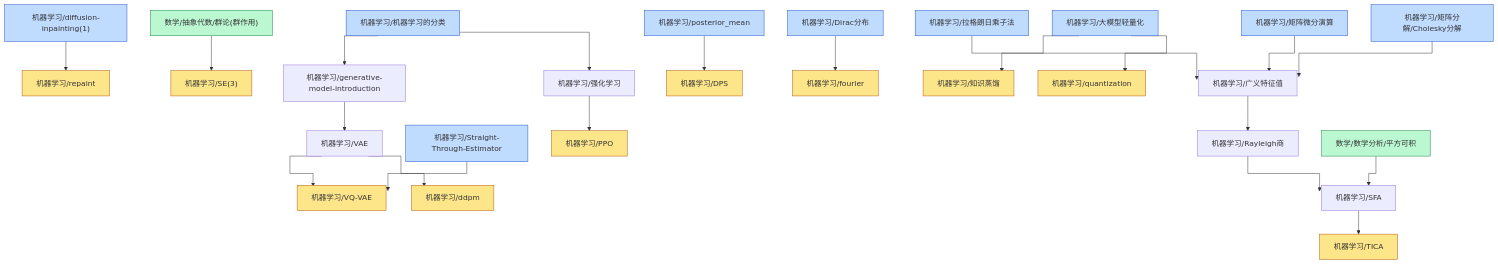
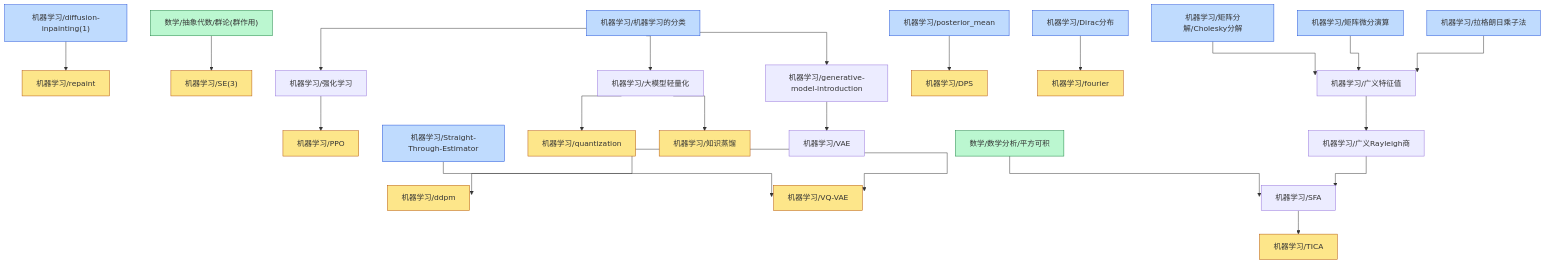
The diagram in content/机器学习/dependency_graph.md (zeroDtree/zeroDtree.github.io), drawn with Mermaid before and after one commit. The commit also changed 7 other files, not shown here.

````diff
--- a/content/机器学习/dependency_graph.md
+++ b/content/机器学习/dependency_graph.md
@@ -1,57 +1,58 @@
 ```mermaid
 %%{init: {'flowchart': {'curve': 'stepAfter'}}}%%
 graph TD
 1["机器学习/机器学习的分类"] --> 0["机器学习/generative-model-introduction"]
 3["机器学习/VAE"] --> 2["机器学习/VQ-VAE"]
 4["机器学习/Straight-Through-Estimator"] --> 2["机器学习/VQ-VAE"]
 6["机器学习/diffusion-inpainting(1)"] --> 5["机器学习/repaint"]
 8["数学/抽象代数/群论(群作用)"] --> 7["机器学习/SE(3)"]
+10["机器学习/广义特征值"] --> 9["机器学习/广义Rayleigh商"]
 0["机器学习/generative-model-introduction"] --> 3["机器学习/VAE"]
-3["机器学习/VAE"] --> 9["机器学习/ddpm"]
-11["机器学习/posterior_mean"] --> 10["机器学习/DPS"]
-13["机器学习/SFA"] --> 12["机器学习/TICA"]
-15["机器学习/Dirac分布"] --> 14["机器学习/fourier"]
-17["机器学习/大模型轻量化"] --> 16["机器学习/知识蒸馏"]
-19["机器学习/强化学习"] --> 18["机器学习/PPO"]
-1["机器学习/机器学习的分类"] --> 19["机器学习/强化学习"]
-21["机器学习/拉格朗日乘子法"] --> 20["机器学习/广义特征值"]
-22["机器学习/矩阵微分演算"] --> 20["机器学习/广义特征值"]
-23["机器学习/矩阵分解/Cholesky分解"] --> 20["机器学习/广义特征值"]
-20["机器学习/广义特征值"] --> 24["机器学习/Rayleigh商"]
-24["机器学习/Rayleigh商"] --> 13["机器学习/SFA"]
-25["数学/数学分析/平方可积"] --> 13["机器学习/SFA"]
-17["机器学习/大模型轻量化"] --> 26["机器学习/quantization"]
+3["机器学习/VAE"] --> 11["机器学习/ddpm"]
+13["机器学习/posterior_mean"] --> 12["机器学习/DPS"]
+15["机器学习/SFA"] --> 14["机器学习/TICA"]
+17["机器学习/Dirac分布"] --> 16["机器学习/fourier"]
+19["机器学习/大模型轻量化"] --> 18["机器学习/知识蒸馏"]
+21["机器学习/强化学习"] --> 20["机器学习/PPO"]
+1["机器学习/机器学习的分类"] --> 19["机器学习/大模型轻量化"]
+1["机器学习/机器学习的分类"] --> 21["机器学习/强化学习"]
+22["机器学习/拉格朗日乘子法"] --> 10["机器学习/广义特征值"]
+23["机器学习/矩阵微分演算"] --> 10["机器学习/广义特征值"]
+24["机器学习/矩阵分解/Cholesky分解"] --> 10["机器学习/广义特征值"]
+9["机器学习/广义Rayleigh商"] --> 15["机器学习/SFA"]
+25["数学/数学分析/平方可积"] --> 15["机器学习/SFA"]
+19["机器学习/大模型轻量化"] --> 26["机器学习/quantization"]
 classDef leaf fill:#fde68a,stroke:#b45309
-class 2,5,7,9,10,12,14,16,18,26 leaf
+class 2,5,7,11,12,14,16,18,20,26 leaf
 classDef root fill:#bfdbfe,stroke:#1d4ed8
-class 1,4,6,11,15,17,21,22,23 root
+class 1,4,6,13,17,22,23,24 root
 classDef foundationRoot fill:#bbf7d0,stroke:#15803d
 class 8,25 foundationRoot
 click 0 "/机器学习/generative-model-introduction" "机器学习/generative-model-introduction"
 click 1 "/机器学习/机器学习的分类" "机器学习/机器学习的分类"
 click 2 "/机器学习/vq-vae" "机器学习/VQ-VAE"
 click 3 "/机器学习/vae" "机器学习/VAE"
 click 4 "/机器学习/straight-through-estimator" "机器学习/Straight-Through-Estimator"
 click 5 "/机器学习/repaint" "机器学习/repaint"
 click 6 "/机器学习/diffusion-inpainting(1)" "机器学习/diffusion-inpainting(1)"
 click 7 "/机器学习/se(3)" "机器学习/SE(3)"
 click 8 "/数学/抽象代数/群论(群作用)" "数学/抽象代数/群论(群作用)"
-click 9 "/机器学习/ddpm" "机器学习/ddpm"
-click 10 "/机器学习/dps" "机器学习/DPS"
-click 11 "/机器学习/posterior_mean" "机器学习/posterior_mean"
-click 12 "/机器学习/tica" "机器学习/TICA"
-click 13 "/机器学习/sfa" "机器学习/SFA"
-click 14 "/机器学习/fourier" "机器学习/fourier"
-click 15 "/机器学习/dirac分布" "机器学习/Dirac分布"
-click 16 "/机器学习/知识蒸馏" "机器学习/知识蒸馏"
-click 17 "/机器学习/大模型轻量化" "机器学习/大模型轻量化"
-click 18 "/机器学习/ppo" "机器学习/PPO"
-click 19 "/机器学习/强化学习" "机器学习/强化学习"
-click 20 "/机器学习/广义特征值" "机器学习/广义特征值"
-click 21 "/机器学习/拉格朗日乘子法" "机器学习/拉格朗日乘子法"
-click 22 "/机器学习/矩阵微分演算" "机器学习/矩阵微分演算"
-click 23 "/机器学习/矩阵分解/cholesky分解" "机器学习/矩阵分解/Cholesky分解"
-click 24 "/机器学习/rayleigh商" "机器学习/Rayleigh商"
+click 9 "/机器学习/广义rayleigh商" "机器学习/广义Rayleigh商"
+click 10 "/机器学习/广义特征值" "机器学习/广义特征值"
+click 11 "/机器学习/ddpm" "机器学习/ddpm"
+click 12 "/机器学习/dps" "机器学习/DPS"
+click 13 "/机器学习/posterior_mean" "机器学习/posterior_mean"
+click 14 "/机器学习/tica" "机器学习/TICA"
+click 15 "/机器学习/sfa" "机器学习/SFA"
+click 16 "/机器学习/fourier" "机器学习/fourier"
+click 17 "/机器学习/dirac分布" "机器学习/Dirac分布"
+click 18 "/机器学习/知识蒸馏" "机器学习/知识蒸馏"
+click 19 "/机器学习/大模型轻量化" "机器学习/大模型轻量化"
+click 20 "/机器学习/ppo" "机器学习/PPO"
+click 21 "/机器学习/强化学习" "机器学习/强化学习"
+click 22 "/机器学习/拉格朗日乘子法" "机器学习/拉格朗日乘子法"
+click 23 "/机器学习/矩阵微分演算" "机器学习/矩阵微分演算"
+click 24 "/机器学习/矩阵分解/cholesky分解" "机器学习/矩阵分解/Cholesky分解"
 click 25 "/数学/数学分析/平方可积" "数学/数学分析/平方可积"
 click 26 "/机器学习/quantization" "机器学习/quantization"
 ```
````
